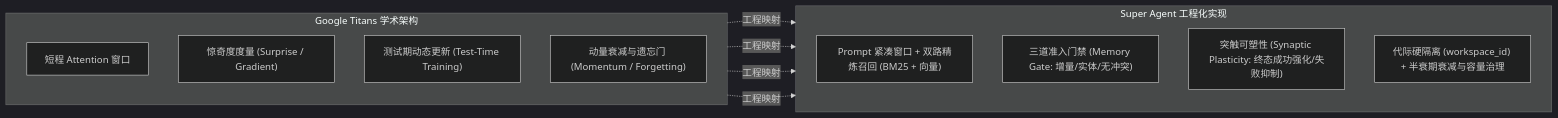
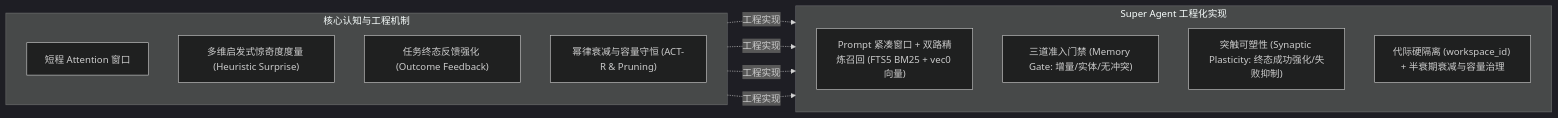
Before and after one commit to caixuf/super-agent: the second of 4 diagrams in docs/TECH_MANUAL.md, drawn with Mermaid (dark theme). The commit also changed other lines of this file and 26 other files, not shown here.

Commit message:
feat(core): wire FTS5+vec0 RRF, SkillForge auto-distill, StateGraph SQLite checkpointer, and bwrap sandbox into production pipeline

````diff
--- a/docs/TECH_MANUAL.md
+++ b/docs/TECH_MANUAL.md
@@ -162,23 +158,23 @@
 ```mermaid
 flowchart LR
-    subgraph Titans["Google Titans 学术架构"]
+    subgraph Principles["核心认知与工程机制"]
         direction TB
         T1["短程 Attention 窗口"]
-        T2["惊奇度度量 (Surprise / Gradient)"]
-        T3["测试期动态更新 (Test-Time Training)"]
-        T4["动量衰减与遗忘门 (Momentum / Forgetting)"]
+        T2["多维启发式惊奇度度量 (Heuristic Surprise)"]
+        T3["任务终态反馈强化 (Outcome Feedback)"]
+        T4["幂律衰减与容量守恒 (ACT-R & Pruning)"]
     end
 
     subgraph SuperAgent["Super Agent 工程化实现"]
         direction TB
-        S1["Prompt 紧凑窗口 + 双路精炼召回 (BM25 + 向量)"]
+        S1["Prompt 紧凑窗口 + 双路精炼召回 (FTS5 BM25 + vec0 向量)"]
         S2["三道准入门禁 (Memory Gate: 增量/实体/无冲突)"]
         S3["突触可塑性 (Synaptic Plasticity: 终态成功强化/失败抑制)"]
         S4["代际硬隔离 (workspace_id) + 半衰期衰减与容量治理"]
     end
 
-    T1 -.->|工程映射| S1
-    T2 -.->|工程映射| S2
-    T3 -.->|工程映射| S3
-    T4 -.->|工程映射| S4
+    T1 -.->|工程实现| S1
+    T2 -.->|工程实现| S2
+    T3 -.->|工程实现| S3
+    T4 -.->|工程实现| S4
 ```
````
